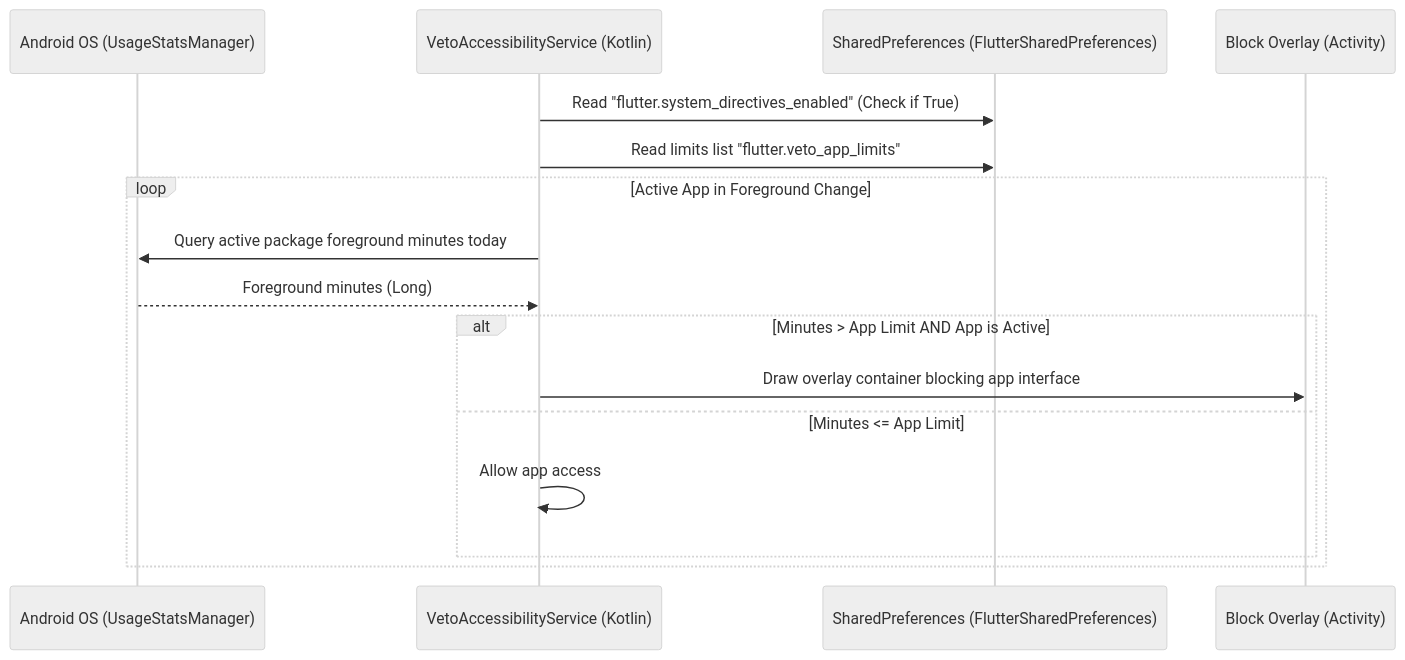
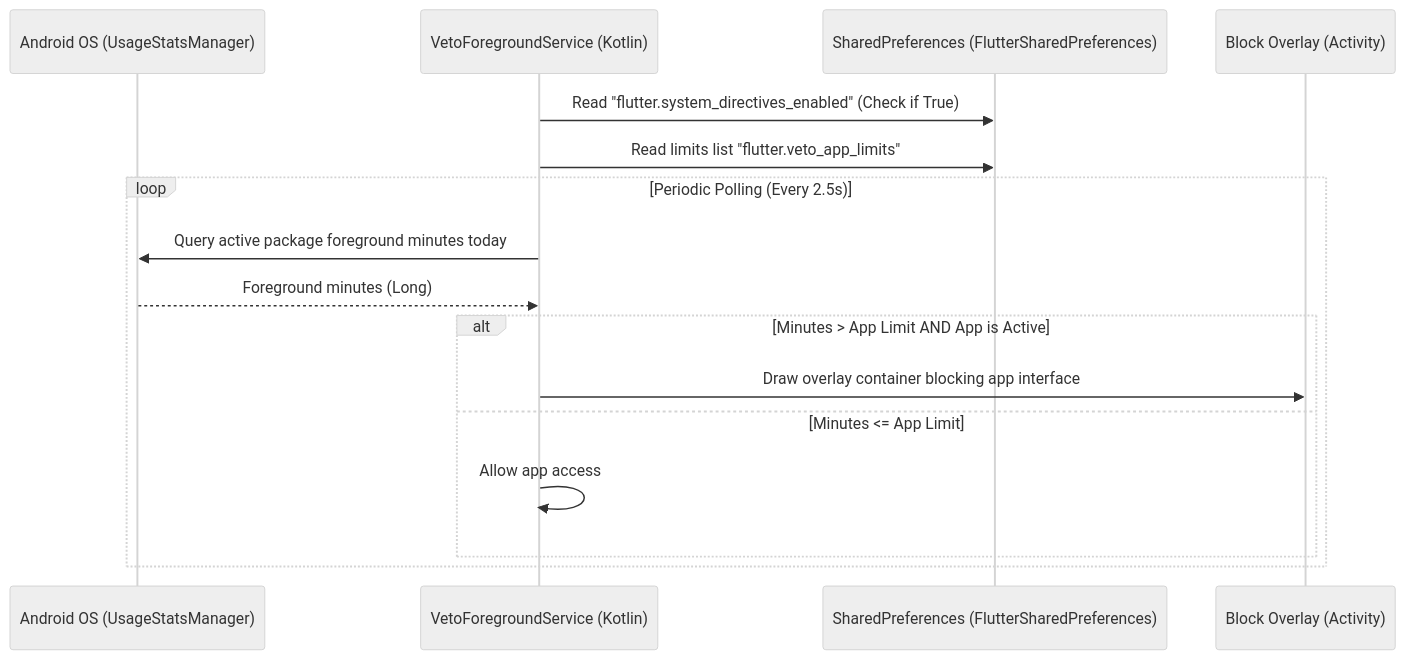
Before and after one commit to Saifulhuq01/veto: the third of 4 diagrams in VETO_ARCHITECTURE_AND_USAGE.md, drawn with Mermaid (neutral theme). The commit also changed other lines of this file and 9 other files, not shown here.

````diff
--- a/VETO_ARCHITECTURE_AND_USAGE.md
+++ b/VETO_ARCHITECTURE_AND_USAGE.md
@@ -197,19 +218,19 @@
 ```mermaid
 sequenceDiagram
     participant Sys as Android OS (UsageStatsManager)
-    participant Acc as VetoAccessibilityService (Kotlin)
+    participant FGS as VetoForegroundService (Kotlin)
     participant Prefs as SharedPreferences (FlutterSharedPreferences)
     participant UI as Block Overlay (Activity)
 
-    Acc->>Prefs: Read "flutter.system_directives_enabled" (Check if True)
-    Acc->>Prefs: Read limits list "flutter.veto_app_limits"
-    loop Active App in Foreground Change
-        Acc->>Sys: Query active package foreground minutes today
-        Sys-->>Acc: Foreground minutes (Long)
+    FGS->>Prefs: Read "flutter.system_directives_enabled" (Check if True)
+    FGS->>Prefs: Read limits list "flutter.veto_app_limits"
+    loop Periodic Polling (Every 2.5s)
+        FGS->>Sys: Query active package foreground minutes today
+        Sys-->>FGS: Foreground minutes (Long)
         alt Minutes > App Limit AND App is Active
-            Acc->>UI: Draw overlay container blocking app interface
+            FGS->>UI: Draw overlay container blocking app interface
         else Minutes <= App Limit
-            Acc->>Acc: Allow app access
+            FGS->>FGS: Allow app access
         end
     end
 ```
````
